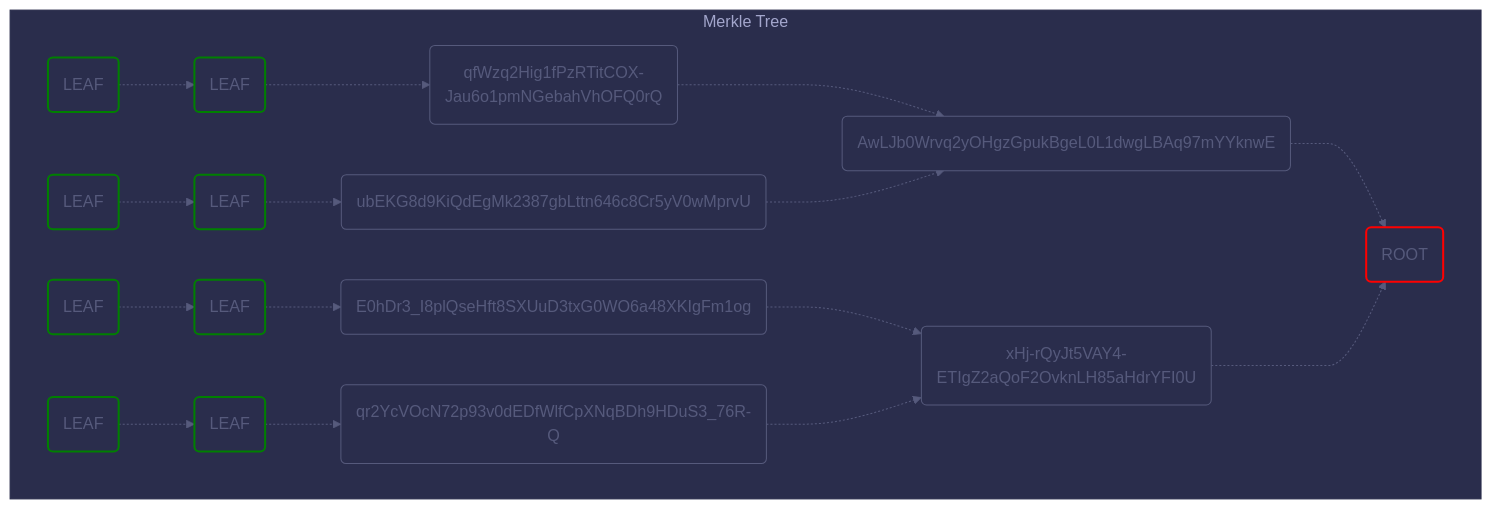
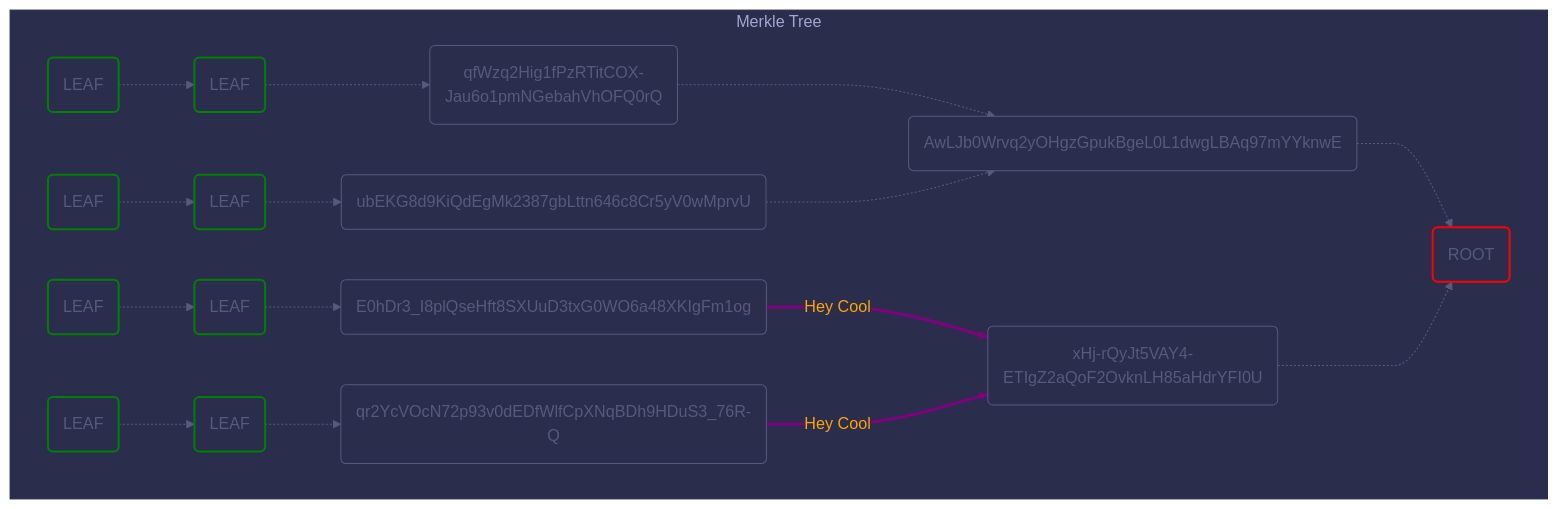
Before and after one commit to transmute-industries/verifiable-data: the diagram in packages/merkle-proof/src/mermaid-representation/__tests__/custom.tree.mermaid.md, drawn with Mermaid. The commit also changed 13 other files, not shown here.

````diff
--- a/packages/merkle-proof/src/mermaid-representation/__tests__/custom.tree.mermaid.md
+++ b/packages/merkle-proof/src/mermaid-representation/__tests__/custom.tree.mermaid.md
@@ -1,61 +1,66 @@
 ```mermaid
 %%{
   init: {
     'flowchart': { 'curve': 'monotoneX' },
     'theme': 'base',
     'themeVariables': {
       'primaryColor': '#2a2d4c',
       'primaryTextColor': '#565a7c',
       'nodeBorder': '#565a7c',
       'edgeLabelBackground': '#2a2d4c',
       'clusterBkg': '#2a2d4c',
       'clusterBorder': '#2a2d4c',
       'lineColor': '#565a7c',
       'fontFamily': 'monospace',
       'darkmode': true
     }
   }
 }%%
+
+%% https://transmute.industries %%
+
 graph LR
 	subgraph Merkle Tree
 		direction LR
-		O4KMT0tIxdTLVWKkdOyeL9jVVG-uQOkHMu9jWJLkJyA("ROOT")
-			style O4KMT0tIxdTLVWKkdOyeL9jVVG-uQOkHMu9jWJLkJyA stroke: red, stroke-width: 2.0px
-		X-zrZv_IbzjZUnhsbWlsecLbwjndTpG0ZynXOif7V-k("LEAF")
-			style X-zrZv_IbzjZUnhsbWlsecLbwjndTpG0ZynXOif7V-k stroke: green, stroke-width: 2.0px
-		a4ayc_80_OGda4BO_1o_V0etpOqiLx1JwB5S3beHW0s("LEAF")
-			style a4ayc_80_OGda4BO_1o_V0etpOqiLx1JwB5S3beHW0s stroke: green, stroke-width: 2.0px
-		qfWzq2Hig1fPzRTitCOX-Jau6o1pmNGebahVhOFQ0rQ("qfWzq2Hig1fPzRTitCOX-Jau6o1pmNGebahVhOFQ0rQ")
-		AwLJb0Wrvq2yOHgzGpukBgeL0L1dwgLBAq97mYYknwE("AwLJb0Wrvq2yOHgzGpukBgeL0L1dwgLBAq97mYYknwE")
-		1HNeOiZeFu7gP1lxi5tdAwGcB9i2xR-Q2jpmbuwTqzU("LEAF")
-			style 1HNeOiZeFu7gP1lxi5tdAwGcB9i2xR-Q2jpmbuwTqzU stroke: green, stroke-width: 2.0px
-		TgdAhWK-24tgzgXB3s_jrRa3IjCWfeAfZAt-Rym0n84("LEAF")
-			style TgdAhWK-24tgzgXB3s_jrRa3IjCWfeAfZAt-Rym0n84 stroke: green, stroke-width: 2.0px
-		ubEKG8d9KiQdEgMk2387gbLttn646c8Cr5yV0wMprvU("ubEKG8d9KiQdEgMk2387gbLttn646c8Cr5yV0wMprvU")
-		SyJ3d9TdH8Ycb4hPSGQdArTRIdP9Moywi1Ux_Kzav4o("LEAF")
-			style SyJ3d9TdH8Ycb4hPSGQdArTRIdP9Moywi1Ux_Kzav4o stroke: green, stroke-width: 2.0px
-		7y0SfeN7lCuq0GFF5UsMYZofIjJ7LrvPvsePVWSv450("LEAF")
-			style 7y0SfeN7lCuq0GFF5UsMYZofIjJ7LrvPvsePVWSv450 stroke: green, stroke-width: 2.0px
-		E0hDr3_I8plQseHft8SXUuD3txG0WO6a48XKIgFm1og("E0hDr3_I8plQseHft8SXUuD3txG0WO6a48XKIgFm1og")
-		xHj-rQyJt5VAY4-ETIgZ2aQoF2OvknLH85aHdrYFI0U("xHj-rQyJt5VAY4-ETIgZ2aQoF2OvknLH85aHdrYFI0U")
-		5_bAEXdujbfNMwtUF0_Xb30CFrYSOHpf_PuB5vCRloM("LEAF")
-			style 5_bAEXdujbfNMwtUF0_Xb30CFrYSOHpf_PuB5vCRloM stroke: green, stroke-width: 2.0px
-		eQJpm-Qsio5G-7tFAXJlF-hrIsVqGJ92JabaSQgbJFE("LEAF")
-			style eQJpm-Qsio5G-7tFAXJlF-hrIsVqGJ92JabaSQgbJFE stroke: green, stroke-width: 2.0px
-		qr2YcVOcN72p93v0dEDfWlfCpXNqBDh9HDuS3_76R-Q("qr2YcVOcN72p93v0dEDfWlfCpXNqBDh9HDuS3_76R-Q")
-		X-zrZv_IbzjZUnhsbWlsecLbwjndTpG0ZynXOif7V-k -.-> a4ayc_80_OGda4BO_1o_V0etpOqiLx1JwB5S3beHW0s 
-		a4ayc_80_OGda4BO_1o_V0etpOqiLx1JwB5S3beHW0s -.-> qfWzq2Hig1fPzRTitCOX-Jau6o1pmNGebahVhOFQ0rQ 
-		qfWzq2Hig1fPzRTitCOX-Jau6o1pmNGebahVhOFQ0rQ -.-> AwLJb0Wrvq2yOHgzGpukBgeL0L1dwgLBAq97mYYknwE 
-		AwLJb0Wrvq2yOHgzGpukBgeL0L1dwgLBAq97mYYknwE -.-> O4KMT0tIxdTLVWKkdOyeL9jVVG-uQOkHMu9jWJLkJyA 
-		1HNeOiZeFu7gP1lxi5tdAwGcB9i2xR-Q2jpmbuwTqzU -.-> TgdAhWK-24tgzgXB3s_jrRa3IjCWfeAfZAt-Rym0n84 
-		TgdAhWK-24tgzgXB3s_jrRa3IjCWfeAfZAt-Rym0n84 -.-> ubEKG8d9KiQdEgMk2387gbLttn646c8Cr5yV0wMprvU 
-		ubEKG8d9KiQdEgMk2387gbLttn646c8Cr5yV0wMprvU -.-> AwLJb0Wrvq2yOHgzGpukBgeL0L1dwgLBAq97mYYknwE 
-		SyJ3d9TdH8Ycb4hPSGQdArTRIdP9Moywi1Ux_Kzav4o -.-> 7y0SfeN7lCuq0GFF5UsMYZofIjJ7LrvPvsePVWSv450 
-		7y0SfeN7lCuq0GFF5UsMYZofIjJ7LrvPvsePVWSv450 -.-> E0hDr3_I8plQseHft8SXUuD3txG0WO6a48XKIgFm1og 
-		E0hDr3_I8plQseHft8SXUuD3txG0WO6a48XKIgFm1og -.-> xHj-rQyJt5VAY4-ETIgZ2aQoF2OvknLH85aHdrYFI0U 
-		xHj-rQyJt5VAY4-ETIgZ2aQoF2OvknLH85aHdrYFI0U -.-> O4KMT0tIxdTLVWKkdOyeL9jVVG-uQOkHMu9jWJLkJyA 
-		5_bAEXdujbfNMwtUF0_Xb30CFrYSOHpf_PuB5vCRloM -.-> eQJpm-Qsio5G-7tFAXJlF-hrIsVqGJ92JabaSQgbJFE 
-		eQJpm-Qsio5G-7tFAXJlF-hrIsVqGJ92JabaSQgbJFE -.-> qr2YcVOcN72p93v0dEDfWlfCpXNqBDh9HDuS3_76R-Q 
-		qr2YcVOcN72p93v0dEDfWlfCpXNqBDh9HDuS3_76R-Q -.-> xHj-rQyJt5VAY4-ETIgZ2aQoF2OvknLH85aHdrYFI0U 
+		3b828c4f4b48c5d4cb5562a474ec9e2fd8d5546fae40e90732ef635892e42720("ROOT")
+			style 3b828c4f4b48c5d4cb5562a474ec9e2fd8d5546fae40e90732ef635892e42720 stroke: red, stroke-width: 2.0px
+		5feceb66ffc86f38d952786c6d696c79c2dbc239dd4e91b46729d73a27fb57e9("LEAF")
+			style 5feceb66ffc86f38d952786c6d696c79c2dbc239dd4e91b46729d73a27fb57e9 stroke: green, stroke-width: 2.0px
+		6b86b273ff34fce19d6b804eff5a3f5747ada4eaa22f1d49c01e52ddb7875b4b("LEAF")
+			style 6b86b273ff34fce19d6b804eff5a3f5747ada4eaa22f1d49c01e52ddb7875b4b stroke: green, stroke-width: 2.0px
+		a9f5b3ab61e28357cfcd14e2b42397f896aeea8d6998d19e6da85584e150d2b4("qfWzq2Hig1fPzRTitCOX-Jau6o1pmNGebahVhOFQ0rQ")
+		0302c96f45abbeadb23878331a9ba406078bd0bd5dc202c102af7b9986249f01("AwLJb0Wrvq2yOHgzGpukBgeL0L1dwgLBAq97mYYknwE")
+		d4735e3a265e16eee03f59718b9b5d03019c07d8b6c51f90da3a666eec13ab35("LEAF")
+			style d4735e3a265e16eee03f59718b9b5d03019c07d8b6c51f90da3a666eec13ab35 stroke: green, stroke-width: 2.0px
+		4e07408562bedb8b60ce05c1decfe3ad16b72230967de01f640b7e4729b49fce("LEAF")
+			style 4e07408562bedb8b60ce05c1decfe3ad16b72230967de01f640b7e4729b49fce stroke: green, stroke-width: 2.0px
+		b9b10a1bc77d2a241d120324db7f3b81b2edb67eb8e9cf02af9c95d30329aef5("ubEKG8d9KiQdEgMk2387gbLttn646c8Cr5yV0wMprvU")
+		4b227777d4dd1fc61c6f884f48641d02b4d121d3fd328cb08b5531fcacdabf8a("LEAF")
+			style 4b227777d4dd1fc61c6f884f48641d02b4d121d3fd328cb08b5531fcacdabf8a stroke: green, stroke-width: 2.0px
+		ef2d127de37b942baad06145e54b0c619a1f22327b2ebbcfbec78f5564afe39d("LEAF")
+			style ef2d127de37b942baad06145e54b0c619a1f22327b2ebbcfbec78f5564afe39d stroke: green, stroke-width: 2.0px
+		134843af7fc8f29950b1e1dfb7c49752e0f7b711b458ee9ae3c5ca220166d688("E0hDr3_I8plQseHft8SXUuD3txG0WO6a48XKIgFm1og")
+		c478fead0c89b79540638f844c8819d9a4281763af9272c7f3968776b6052345("xHj-rQyJt5VAY4-ETIgZ2aQoF2OvknLH85aHdrYFI0U")
+		e7f6c011776e8db7cd330b54174fd76f7d0216b612387a5ffcfb81e6f0919683("LEAF")
+			style e7f6c011776e8db7cd330b54174fd76f7d0216b612387a5ffcfb81e6f0919683 stroke: green, stroke-width: 2.0px
+		7902699be42c8a8e46fbbb4501726517e86b22c56a189f7625a6da49081b2451("LEAF")
+			style 7902699be42c8a8e46fbbb4501726517e86b22c56a189f7625a6da49081b2451 stroke: green, stroke-width: 2.0px
+		aabd9871539c37bda9f77bf47440df5a57c2a5736a04387d1c3b92dffefa47e4("qr2YcVOcN72p93v0dEDfWlfCpXNqBDh9HDuS3_76R-Q")
+		5feceb66ffc86f38d952786c6d696c79c2dbc239dd4e91b46729d73a27fb57e9 -.-> 6b86b273ff34fce19d6b804eff5a3f5747ada4eaa22f1d49c01e52ddb7875b4b 
+		6b86b273ff34fce19d6b804eff5a3f5747ada4eaa22f1d49c01e52ddb7875b4b -.-> a9f5b3ab61e28357cfcd14e2b42397f896aeea8d6998d19e6da85584e150d2b4 
+		a9f5b3ab61e28357cfcd14e2b42397f896aeea8d6998d19e6da85584e150d2b4 -.-> 0302c96f45abbeadb23878331a9ba406078bd0bd5dc202c102af7b9986249f01 
+		0302c96f45abbeadb23878331a9ba406078bd0bd5dc202c102af7b9986249f01 -.-> 3b828c4f4b48c5d4cb5562a474ec9e2fd8d5546fae40e90732ef635892e42720 
+		d4735e3a265e16eee03f59718b9b5d03019c07d8b6c51f90da3a666eec13ab35 -.-> 4e07408562bedb8b60ce05c1decfe3ad16b72230967de01f640b7e4729b49fce 
+		4e07408562bedb8b60ce05c1decfe3ad16b72230967de01f640b7e4729b49fce -.-> b9b10a1bc77d2a241d120324db7f3b81b2edb67eb8e9cf02af9c95d30329aef5 
+		b9b10a1bc77d2a241d120324db7f3b81b2edb67eb8e9cf02af9c95d30329aef5 -.-> 0302c96f45abbeadb23878331a9ba406078bd0bd5dc202c102af7b9986249f01 
+		4b227777d4dd1fc61c6f884f48641d02b4d121d3fd328cb08b5531fcacdabf8a -.-> ef2d127de37b942baad06145e54b0c619a1f22327b2ebbcfbec78f5564afe39d 
+		ef2d127de37b942baad06145e54b0c619a1f22327b2ebbcfbec78f5564afe39d -.-> 134843af7fc8f29950b1e1dfb7c49752e0f7b711b458ee9ae3c5ca220166d688 
+		134843af7fc8f29950b1e1dfb7c49752e0f7b711b458ee9ae3c5ca220166d688 -- Hey Cool --> c478fead0c89b79540638f844c8819d9a4281763af9272c7f3968776b6052345
+			linkStyle 9 color: orange, stroke: purple, stroke-width: 3.0px
+		c478fead0c89b79540638f844c8819d9a4281763af9272c7f3968776b6052345 -.-> 3b828c4f4b48c5d4cb5562a474ec9e2fd8d5546fae40e90732ef635892e42720 
+		e7f6c011776e8db7cd330b54174fd76f7d0216b612387a5ffcfb81e6f0919683 -.-> 7902699be42c8a8e46fbbb4501726517e86b22c56a189f7625a6da49081b2451 
+		7902699be42c8a8e46fbbb4501726517e86b22c56a189f7625a6da49081b2451 -.-> aabd9871539c37bda9f77bf47440df5a57c2a5736a04387d1c3b92dffefa47e4 
+		aabd9871539c37bda9f77bf47440df5a57c2a5736a04387d1c3b92dffefa47e4 -- Hey Cool --> c478fead0c89b79540638f844c8819d9a4281763af9272c7f3968776b6052345
+			linkStyle 13 color: orange, stroke: purple, stroke-width: 3.0px
 	end
 ```
````
